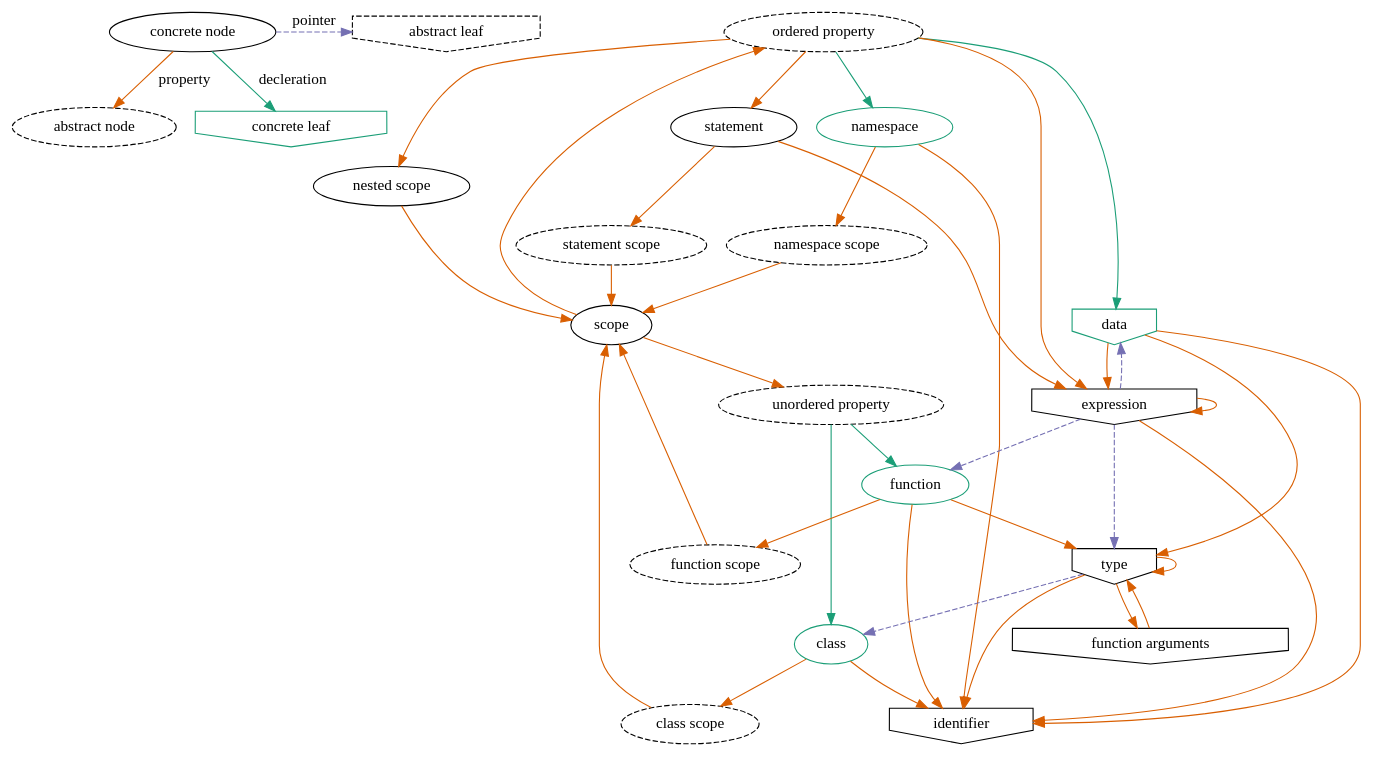
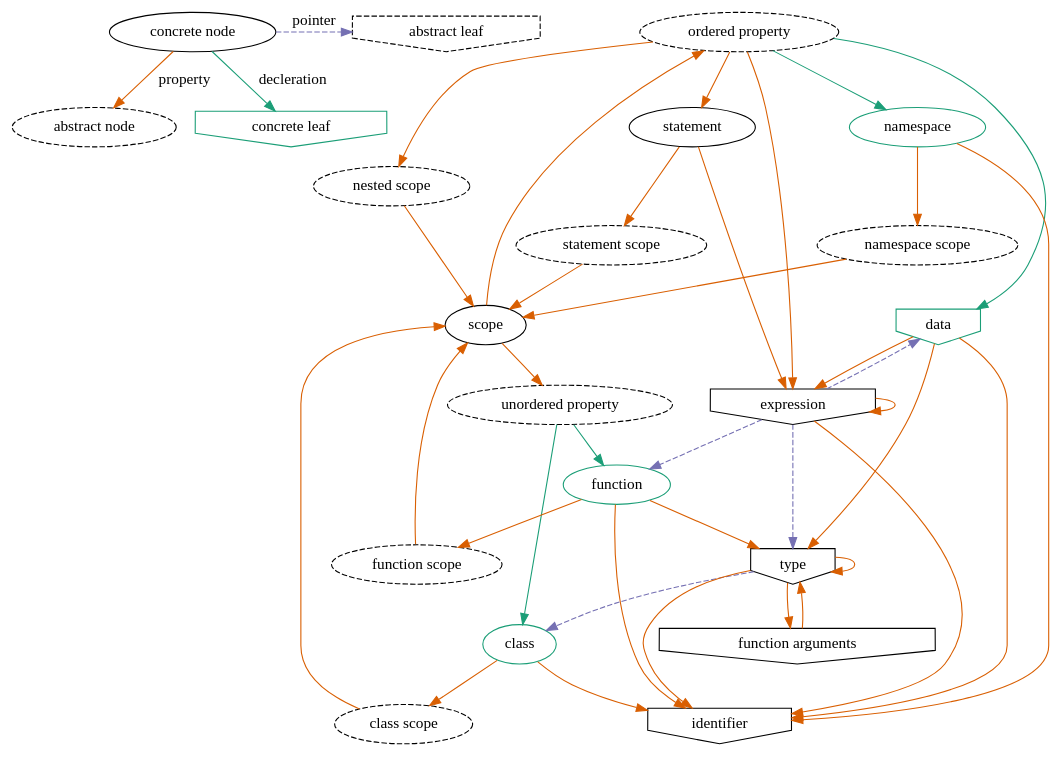
Before and after one commit to MiroPalmu/hycc: the diagram in docs/sphinx/node_relations.dot, drawn with Graphviz.

Commit message:
fix(docs): make nested scope a abstract node

```diff
--- a/docs/sphinx/node_relations.dot
+++ b/docs/sphinx/node_relations.dot
@@ -1,127 +1,128 @@
 digraph {
     node [colorscheme=dark28]
     edge [colorscheme=dark28]
 
     {
         // Definitions
         {
             rank=same
             A [label="concrete node"];
             B [label="abstract leaf", style=dashed, shape=invhouse];
         }
         {
             rank=same
             C [label="abstract node", style=dashed];
             D [label="concrete leaf", shape=invhouse, color=1];
         }
         A -> D [color=1, label="decleration"];
         A -> C [color=2, label="property"];
         A -> B [color=3, style=dashed, label="pointer"];
     }
 
     // Position arror definitions
     // "scope" -> A [style=invis];
 
     {
         // Abstract nodes
         node [style=dashed];
         "ordered property";
         "unordered property";
         "statement scope";
         "namespace scope";
         "class scope";
         "function scope";
+        "nested scope";
         // Out of MVP
         // "class parents";
         // "for" [shape=invhouse]; // See leafs
     }
 
     {
         // Declerations
         node [color=1]; // decleration
 
         "namespace";
         "function";
         "class";
         "data" [shape=invhouse]; // See leafs
     }
 
     {
         // leafs
         node [shape=invhouse];
         "expression";
         // For some reason shape won't work here
         "data";
         "type";
         "identifier";
         "function arguments";
         // Out of mvp.
         // "alias";
         // For some reason shape won't work here
         // "for";
 
     }
 
     "scope" -> "ordered property" [color=2]; // property
     "scope" -> "unordered property" [color=2]; // property
 
     "class" -> "identifier" [color=2]; // property
     // Out of MVP.
      // "class" -> "class parents" [color=2]; // property
     "class" -> "class scope" [color=2]; // property
     "class scope" -> "scope" [color=2]; // property
     // Out of MVP.
     // "class parents" -> "class" [color=3, style=dashed]; // pointer
 
     "function" -> "identifier" [color=2]; // property
     "function" -> "type" [color=2]; // property
     "function" -> "function scope" [color=2]; // property
     "function scope" -> "scope" [color=2]; // property
 
 
     "ordered property" -> "nested scope" [color=2]; // property
     "ordered property" -> "data" [color=1]; // decleration
     "ordered property" -> "namespace" [color=1]; // declaration
     // Out of MVP
     // "ordered property" -> "alias" [color=2]; // property
     "ordered property" -> "statement" [color=2]; // property
     "ordered property" -> "expression" [color=2]; // property
 
     "unordered property" -> "function" [color=1]; // decleration
     "unordered property" -> "class" [color=1]; // decleration
 
     "nested scope" -> "scope" [color=2]; // property
 
     "namespace" -> "identifier" [color=2] // property
     "namespace" -> "namespace scope" [color=2]; // property
     "namespace scope" -> "scope" [color=2]; // property
 
     "statement" -> "expression" [color=2]; // property
     "statement" -> "statement scope" [color=2]; // property
     "statement scope" -> "scope" [color=2]; // property
 
     // Out of MVP
     // "alias" -> "identifier" [color=2]; // property
     // "alias" -> "for" [color=2]; // property
 
     // "for" -> "type" [color=2]; // property
     // "for" -> "namespace" [color=3, style=dashed]; // pointer
     // "for" -> "identifier" [color=3, style=dashed]; // pointer
 
     "expression" -> "function" [color=3, style=dashed]; // pointer
     "expression" -> "data" [color=3, style=dashed]; // pointer
     "expression" -> "expression" [color=2]; // property
     "expression" -> "type" [color=3, style=dashed] // pointer
     "expression" -> "identifier" [color=2]; // property
 
     "type" -> "type" [color=2]; // property
     "type" -> "identifier" [color=2]; // property
     "type" -> "class" [color=3, style=dashed]; // pointer
     "type" -> "function arguments" [color=2]; // property
 
     "function arguments" -> "type" [color=2]; // property
 
     "data" -> "identifier" [color=2]; // property
     "data" -> "type" [color=2]; // property
     "data" -> "expression" [color=2]; // property
 }
```
